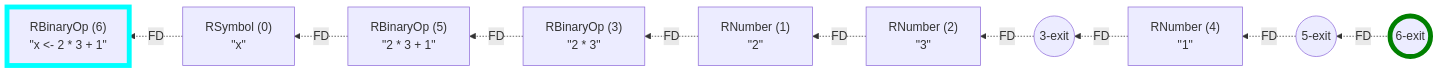
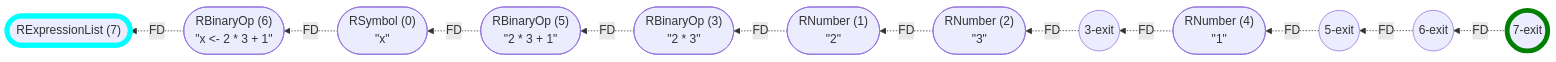
One commit to flowr-analysis/flowr changed the first of 4 diagrams in wiki/Control Flow Graph.md. Above: the diagram before and after it, drawn with Mermaid. The commit also changed other lines of this file and 7 other files, not shown here.

Commit message:
[skip ci] doc: update generated wiki pages (wiki/Capabilities,wiki/Dataflow Graph,wiki/Search API,wiki/Interface,wiki/Control Flow Graph,wiki/Linting and Testing,wiki/Core,README)

````diff
--- a/wiki/Control Flow Graph.md
+++ b/wiki/Control Flow Graph.md
@@ -33,30 +33,34 @@
 ```mermaid
 flowchart RL
-    n0["`RSymbol (0)
-#34;x#34;`"]
-    n1["`RNumber (1)
-#34;2#34;`"]
-    n2["`RNumber (2)
-#34;3#34;`"]
-    n3["`RBinaryOp (3)
-#34;2 #42; 3#34;`"]
+    n7(["`RExpressionList (7)`"])
+    n0(["`RSymbol (0)
+#34;x#34;`"])
+    n1(["`RNumber (1)
+#34;2#34;`"])
+    n2(["`RNumber (2)
+#34;3#34;`"])
+    n3(["`RBinaryOp (3)
+#34;2 #42; 3#34;`"])
     n3-exit((3-exit))
-    n4["`RNumber (4)
-#34;1#34;`"]
-    n5["`RBinaryOp (5)
-#34;2 #42; 3 #43; 1#34;`"]
+    n4(["`RNumber (4)
+#34;1#34;`"])
+    n5(["`RBinaryOp (5)
+#34;2 #42; 3 #43; 1#34;`"])
     n5-exit((5-exit))
-    n6["`RBinaryOp (6)
-#34;x #60;#45; 2 #42; 3 #43; 1#34;`"]
+    n6(["`RBinaryOp (6)
+#34;x #60;#45; 2 #42; 3 #43; 1#34;`"])
     n6-exit((6-exit))
+    n7-exit((7-exit))
+    n6 -.->|"FD"| n7
     n2 -.->|"FD"| n1
     n1 -.->|"FD"| n3
     n3-exit -.->|"FD"| n2
     n4 -.->|"FD"| n3-exit
     n3 -.->|"FD"| n5
     n5-exit -.->|"FD"| n4
     n5 -.->|"FD"| n0
     n0 -.->|"FD"| n6
     n6-exit -.->|"FD"| n5-exit
-    style n6 stroke:cyan,stroke-width:6.5px;    style n6-exit stroke:green,stroke-width:6.5px;
+    n7-exit -.->|"FD"| n6-exit
+    style n7 stroke:cyan,stroke-width:6.5px;    style n7-exit stroke:green,stroke-width:6.5px;
 ```
````
